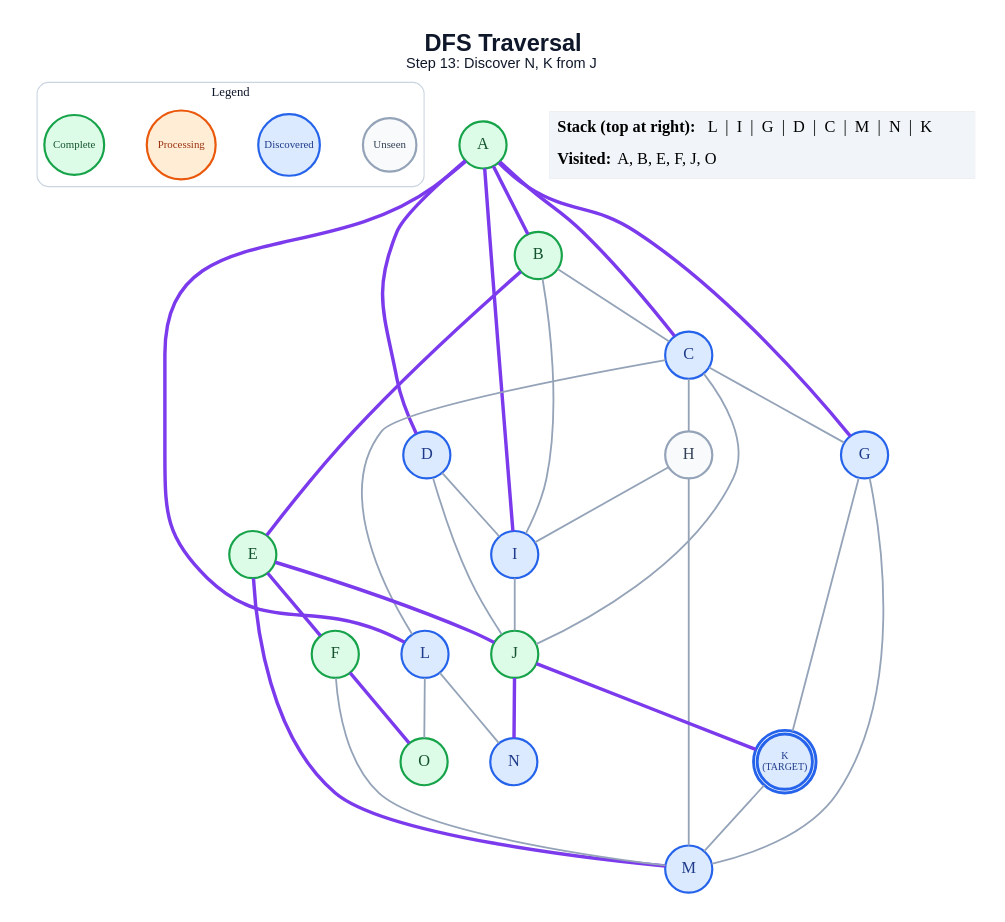
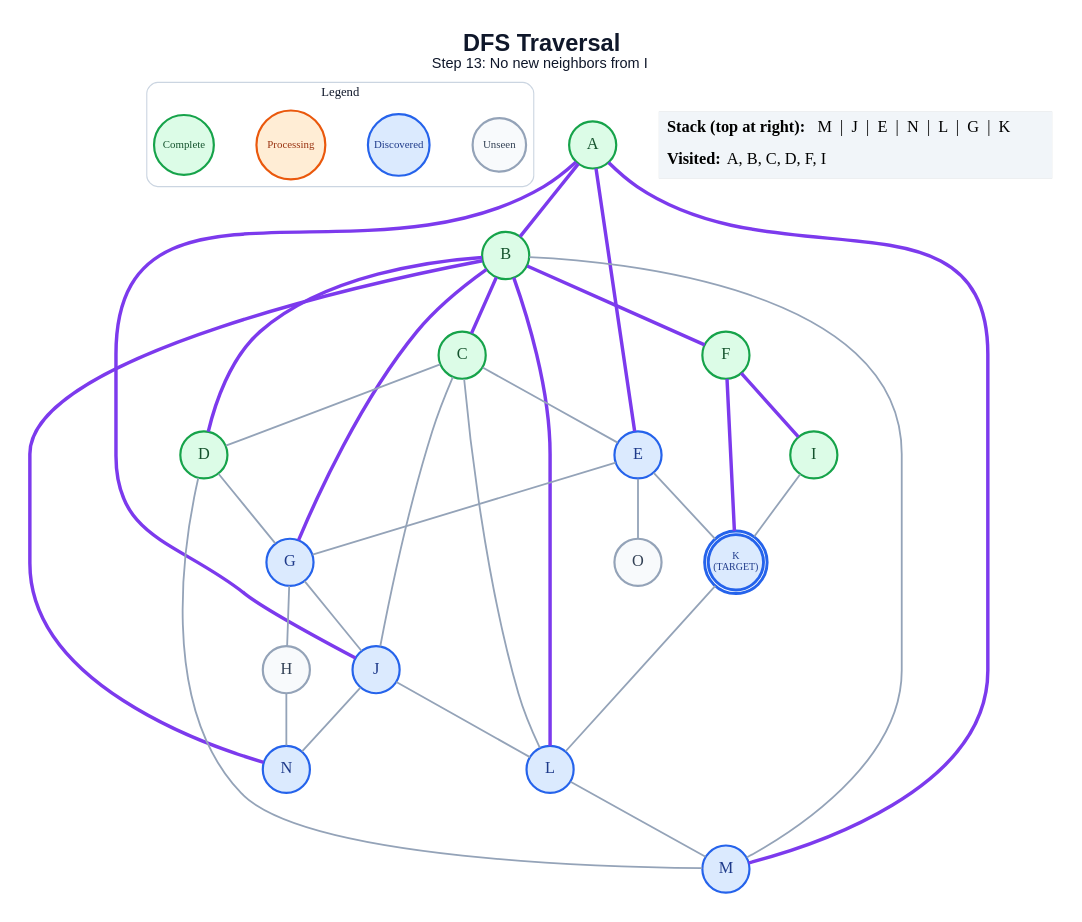
One commit to anon7238593-create/ai-slop changed the diagram in generated/specific-node/dfs/step_13.dot. Above: the diagram before and after it, drawn with Graphviz. The commit also changed 235 other files, not shown here.

```diff
--- a/generated/specific-node/dfs/step_13.dot
+++ b/generated/specific-node/dfs/step_13.dot
@@ -1,64 +1,64 @@
 graph traversal {
   graph [layout=dot, rankdir=TB, bgcolor="#FFFFFF", pad="0.35", nodesep="0.65", ranksep="0.8", fontname="Arial"];
   node [shape=circle, style="filled", fontname="Arial Bold", fontsize=18, width=0.72, fixedsize=true, penwidth=2.4];
   edge [color="#94A3B8", penwidth=2.0];
-  label=<<B>DFS Traversal</B><BR/><FONT POINT-SIZE="16">Step 13: Discover N, K from J</FONT>>; labelloc="t"; fontsize=26; fontname="Arial"; fontcolor="#0F172A";
+  label=<<B>DFS Traversal</B><BR/><FONT POINT-SIZE="16">Step 13: No new neighbors from I</FONT>>; labelloc="t"; fontsize=26; fontname="Arial"; fontcolor="#0F172A";
   subgraph cluster_legend { label="Legend"; color="#CBD5E1"; penwidth=1.2; style="rounded"; fontsize=14; fontname="Arial Bold";
     key_unseen [label="Unseen", fillcolor="#F8FAFC", color="#94A3B8", fontcolor="#334155", fontsize=12, width=0.82];
     key_frontier [label="Discovered", fillcolor="#DBEAFE", color="#2563EB", fontcolor="#1E3A8A", fontsize=12, width=0.95];
     key_current [label="Processing", fillcolor="#FFEDD5", color="#EA580C", fontcolor="#9A3412", fontsize=12, width=1.05];
     key_done [label="Complete", fillcolor="#DCFCE7", color="#16A34A", fontcolor="#14532D", fontsize=12, width=0.92];
     { rank=same; key_unseen; key_frontier; key_current; key_done; }
   }
   A [label="A", fillcolor="#DCFCE7", color="#16A34A", fontcolor="#14532D", peripheries=1, penwidth=2.4];
   B [label="B", fillcolor="#DCFCE7", color="#16A34A", fontcolor="#14532D", peripheries=1, penwidth=2.4];
-  C [label="C", fillcolor="#DBEAFE", color="#2563EB", fontcolor="#1E3A8A", peripheries=1, penwidth=2.4];
-  D [label="D", fillcolor="#DBEAFE", color="#2563EB", fontcolor="#1E3A8A", peripheries=1, penwidth=2.4];
-  E [label="E", fillcolor="#DCFCE7", color="#16A34A", fontcolor="#14532D", peripheries=1, penwidth=2.4];
+  C [label="C", fillcolor="#DCFCE7", color="#16A34A", fontcolor="#14532D", peripheries=1, penwidth=2.4];
+  D [label="D", fillcolor="#DCFCE7", color="#16A34A", fontcolor="#14532D", peripheries=1, penwidth=2.4];
+  E [label="E", fillcolor="#DBEAFE", color="#2563EB", fontcolor="#1E3A8A", peripheries=1, penwidth=2.4];
   F [label="F", fillcolor="#DCFCE7", color="#16A34A", fontcolor="#14532D", peripheries=1, penwidth=2.4];
   G [label="G", fillcolor="#DBEAFE", color="#2563EB", fontcolor="#1E3A8A", peripheries=1, penwidth=2.4];
   H [label="H", fillcolor="#F8FAFC", color="#94A3B8", fontcolor="#334155", peripheries=1, penwidth=2.4];
-  I [label="I", fillcolor="#DBEAFE", color="#2563EB", fontcolor="#1E3A8A", peripheries=1, penwidth=2.4];
-  J [label="J", fillcolor="#DCFCE7", color="#16A34A", fontcolor="#14532D", peripheries=1, penwidth=2.4];
+  I [label="I", fillcolor="#DCFCE7", color="#16A34A", fontcolor="#14532D", peripheries=1, penwidth=2.4];
+  J [label="J", fillcolor="#DBEAFE", color="#2563EB", fontcolor="#1E3A8A", peripheries=1, penwidth=2.4];
   K [label="K\n(TARGET)", fillcolor="#DBEAFE", color="#2563EB", fontcolor="#1E3A8A", peripheries=2, penwidth=3.2, fontsize=11, width=0.85, height=0.85];
   L [label="L", fillcolor="#DBEAFE", color="#2563EB", fontcolor="#1E3A8A", peripheries=1, penwidth=2.4];
   M [label="M", fillcolor="#DBEAFE", color="#2563EB", fontcolor="#1E3A8A", peripheries=1, penwidth=2.4];
   N [label="N", fillcolor="#DBEAFE", color="#2563EB", fontcolor="#1E3A8A", peripheries=1, penwidth=2.4];
-  O [label="O", fillcolor="#DCFCE7", color="#16A34A", fontcolor="#14532D", peripheries=1, penwidth=2.4];
+  O [label="O", fillcolor="#F8FAFC", color="#94A3B8", fontcolor="#334155", peripheries=1, penwidth=2.4];
   A -- B [color="#7C3AED", penwidth=3.8];
-  A -- C [color="#7C3AED", penwidth=3.8];
-  A -- D [color="#7C3AED", penwidth=3.8];
-  A -- G [color="#7C3AED", penwidth=3.8];
-  A -- I [color="#7C3AED", penwidth=3.8];
-  A -- L [color="#7C3AED", penwidth=3.8];
-  B -- C;
-  B -- E [color="#7C3AED", penwidth=3.8];
-  B -- I;
-  C -- G;
-  C -- H;
+  A -- E [color="#7C3AED", penwidth=3.8];
+  A -- J [color="#7C3AED", penwidth=3.8];
+  A -- M [color="#7C3AED", penwidth=3.8];
+  B -- C [color="#7C3AED", penwidth=3.8];
+  B -- D [color="#7C3AED", penwidth=3.8];
+  B -- F [color="#7C3AED", penwidth=3.8];
+  B -- G [color="#7C3AED", penwidth=3.8];
+  B -- L [color="#7C3AED", penwidth=3.8];
+  B -- M;
+  B -- N [color="#7C3AED", penwidth=3.8];
+  C -- D;
+  C -- E;
   C -- J;
   C -- L;
-  D -- I;
-  D -- J;
-  E -- F [color="#7C3AED", penwidth=3.8];
-  E -- J [color="#7C3AED", penwidth=3.8];
-  E -- M [color="#7C3AED", penwidth=3.8];
-  F -- M;
-  F -- O [color="#7C3AED", penwidth=3.8];
-  G -- K;
-  G -- M;
-  H -- I;
-  H -- M;
-  I -- J;
-  J -- K [color="#7C3AED", penwidth=3.8];
-  J -- N [color="#7C3AED", penwidth=3.8];
-  K -- M;
-  L -- N;
-  L -- O;
+  D -- G;
+  D -- M;
+  E -- G;
+  E -- K;
+  E -- O;
+  F -- I [color="#7C3AED", penwidth=3.8];
+  F -- K [color="#7C3AED", penwidth=3.8];
+  G -- H;
+  G -- J;
+  H -- N;
+  I -- K;
+  J -- L;
+  J -- N;
+  K -- L;
+  L -- M;
   status [shape=plain, fixedsize=false, width=0, height=0, margin=0, label=<
     <TABLE BORDER="0" CELLBORDER="0" CELLPADDING="7" BGCOLOR="#F1F5F9">
-      <TR><TD ALIGN="LEFT"><B>Stack (top at right):</B> L  |  I  |  G  |  D  |  C  |  M  |  N  |  K</TD></TR>
-      <TR><TD ALIGN="LEFT"><B>Visited:</B> A, B, E, F, J, O</TD></TR>
+      <TR><TD ALIGN="LEFT"><B>Stack (top at right):</B> M  |  J  |  E  |  N  |  L  |  G  |  K</TD></TR>
+      <TR><TD ALIGN="LEFT"><B>Visited:</B> A, B, C, D, F, I</TD></TR>
     </TABLE>
   >];
 }
```
